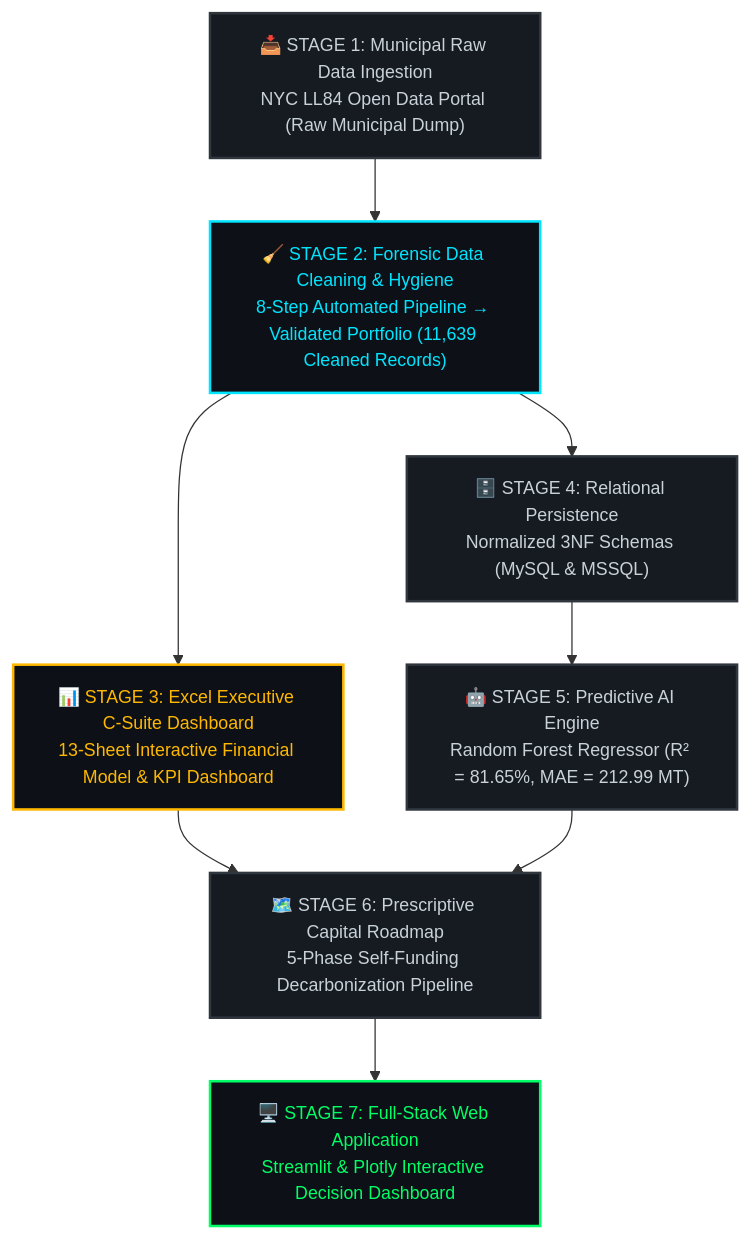
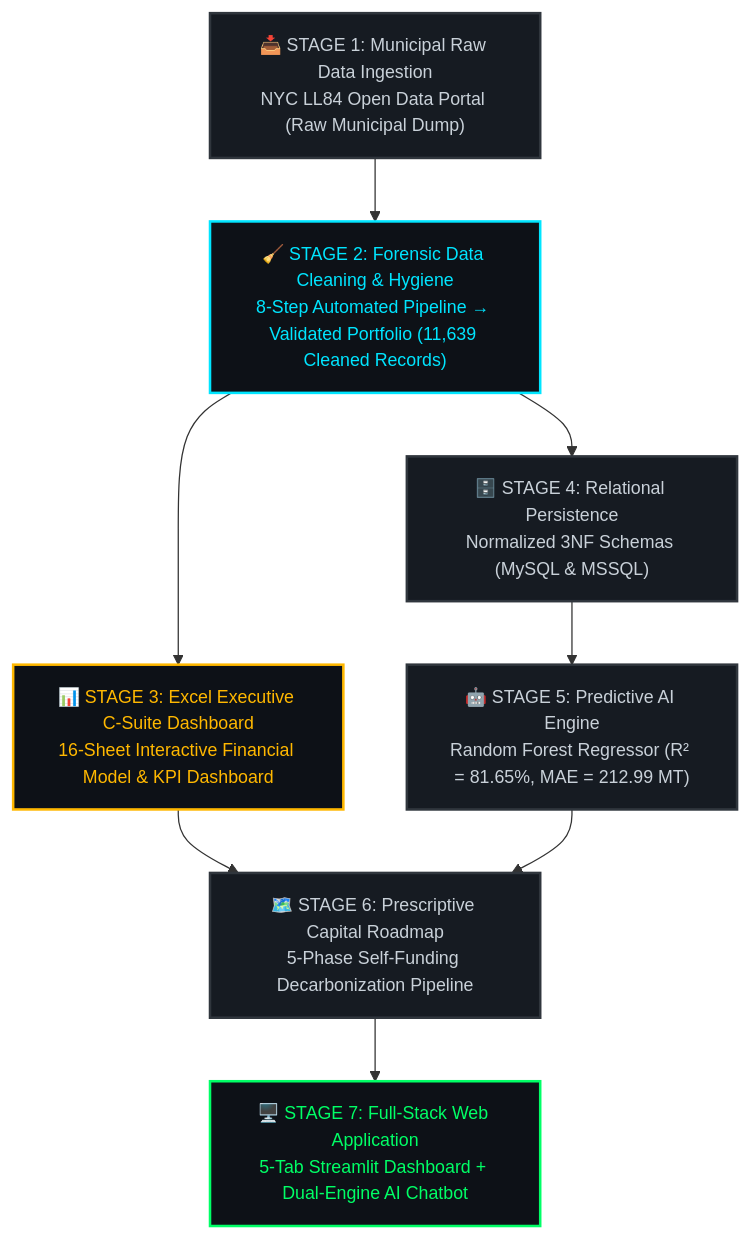
One commit to Huda-Amr/carbon-heist-mitigation changed the diagram in README.md. Above: the diagram before and after it, drawn with Mermaid. The commit also changed other lines of this file and 3 other files, not shown here.

Commit message:
Add Tab 5 AI Chatbot node to application Mermaid architecture diagram, document itemized Tab 5 conversational suite, and standardize 16-sheet count across all docs

````diff
--- a/README.md
+++ b/README.md
@@ -123,15 +123,15 @@
 ```mermaid
 flowchart TD
     A["📥 STAGE 1: Municipal Raw Data Ingestion\nNYC LL84 Open Data Portal (Raw Municipal Dump)"]:::stage --> B["🧹 STAGE 2: Forensic Data Cleaning & Hygiene\n8-Step Automated Pipeline → Validated Portfolio (11,639 Cleaned Records)"]:::clean
-    B --> EX["📊 STAGE 3: Excel Executive C-Suite Dashboard\n13-Sheet Interactive Financial Model & KPI Dashboard"]:::excel
+    B --> EX["📊 STAGE 3: Excel Executive C-Suite Dashboard\n16-Sheet Interactive Financial Model & KPI Dashboard"]:::excel
     B --> C["🗄️ STAGE 4: Relational Persistence\nNormalized 3NF Schemas (MySQL & MSSQL)"]:::stage
     C --> D["🤖 STAGE 5: Predictive AI Engine\nRandom Forest Regressor (R² = 81.65%, MAE = 212.99 MT)"]:::stage
     EX --> E["🗺️ STAGE 6: Prescriptive Capital Roadmap\n5-Phase Self-Funding Decarbonization Pipeline"]:::stage
     D --> E
-    E --> F["🖥️ STAGE 7: Full-Stack Web Application\nStreamlit & Plotly Interactive Decision Dashboard"]:::output
+    E --> F["🖥️ STAGE 7: Full-Stack Web Application\n5-Tab Streamlit Dashboard + Dual-Engine AI Chatbot"]:::output
 
     classDef stage fill:#161B22,stroke:#30363D,stroke-width:2px,color:#C9D1D9,font-size:14px
     classDef clean fill:#0D1117,stroke:#00E5FF,stroke-width:2px,color:#00E5FF,font-size:14px
     classDef excel fill:#0D1117,stroke:#FFB800,stroke-width:2px,color:#FFB800,font-size:14px
     classDef output fill:#0D1117,stroke:#00FF66,stroke-width:2px,color:#00FF66,font-size:14px
 ```
````
